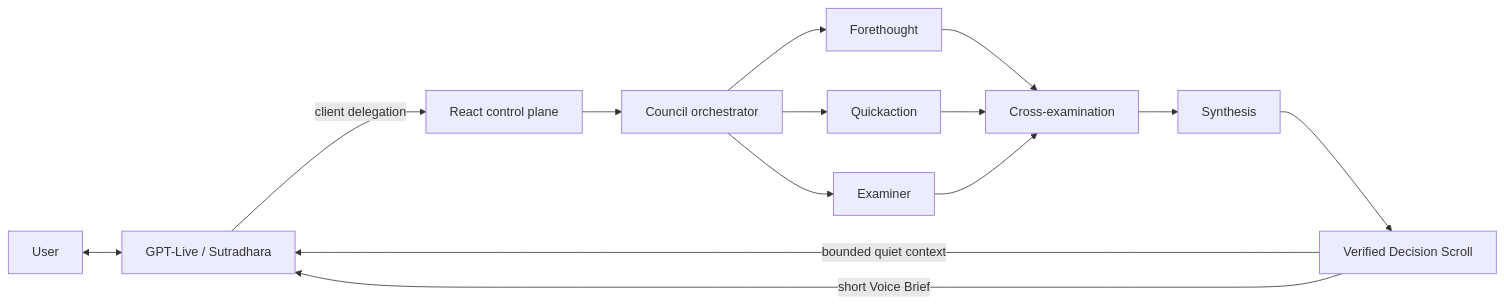
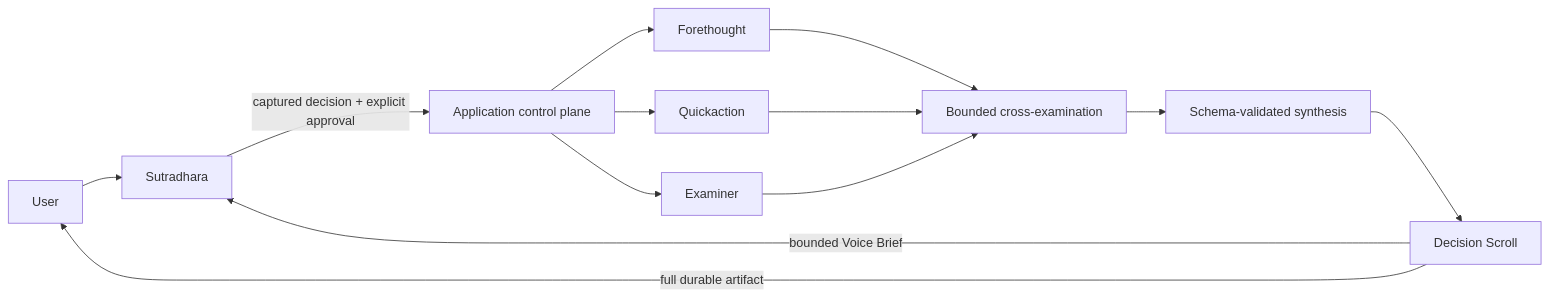
One commit to Laksh-star/sagacity-syndicate changed the diagram in docs/BEHIND_THE_SCENES.md. Above: the diagram before and after it, drawn with Mermaid. The commit also changed other lines of this file and 21 other files, not shown here.

Commit message:
docs: publish architecture and archive private history

````diff
--- a/docs/BEHIND_THE_SCENES.md
+++ b/docs/BEHIND_THE_SCENES.md
@@ -46,16 +34,15 @@
 ```mermaid
 flowchart LR
-    U[User] <--> L[GPT-Live / Sutradhara]
-    L -->|client delegation| C[React control plane]
-    C --> O[Council orchestrator]
-    O --> F[Forethought]
-    O --> Q[Quickaction]
-    O --> E[Examiner]
-    F --> X[Cross-examination]
+    U[User] --> M[Sutradhara]
+    M -->|captured decision + explicit approval| C[Application control plane]
+    C --> F[Forethought]
+    C --> Q[Quickaction]
+    C --> E[Examiner]
+    F --> X[Bounded cross-examination]
     Q --> X
     E --> X
-    X --> S[Synthesis]
-    S --> D[Verified Decision Scroll]
-    D -->|bounded quiet context| L
-    D -->|short Voice Brief| L
+    X --> S[Schema-validated synthesis]
+    S --> D[Decision Scroll]
+    D -->|bounded Voice Brief| M
+    D -->|full durable artifact| U
 ```
````
